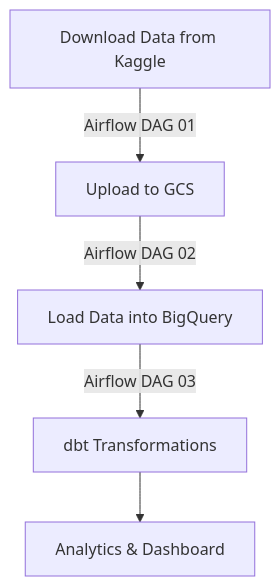
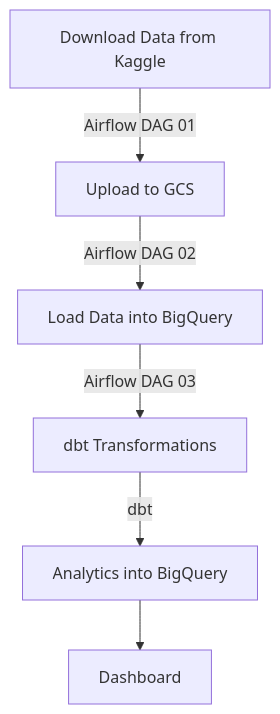
The diagram in README.md (Marinazuzum/World-Happiness-Index), drawn with Mermaid before and after one commit. The commit also changed other lines of this file and 3 other files, not shown here.

````diff
--- a/README.md
+++ b/README.md
@@ -133,7 +141,8 @@
 ```mermaid
 graph TD;
     A[Download Data from Kaggle] -->|Airflow DAG 01| B[Upload to GCS]
     B -->|Airflow DAG 02| C[Load Data into BigQuery]
     C -->|Airflow DAG 03| D[dbt Transformations]
-    D --> E[Analytics & Dashboard]
+    D -->|dbt| E[Analytics into BigQuery]
+    E --> F[Dashboard]
 ```
````
